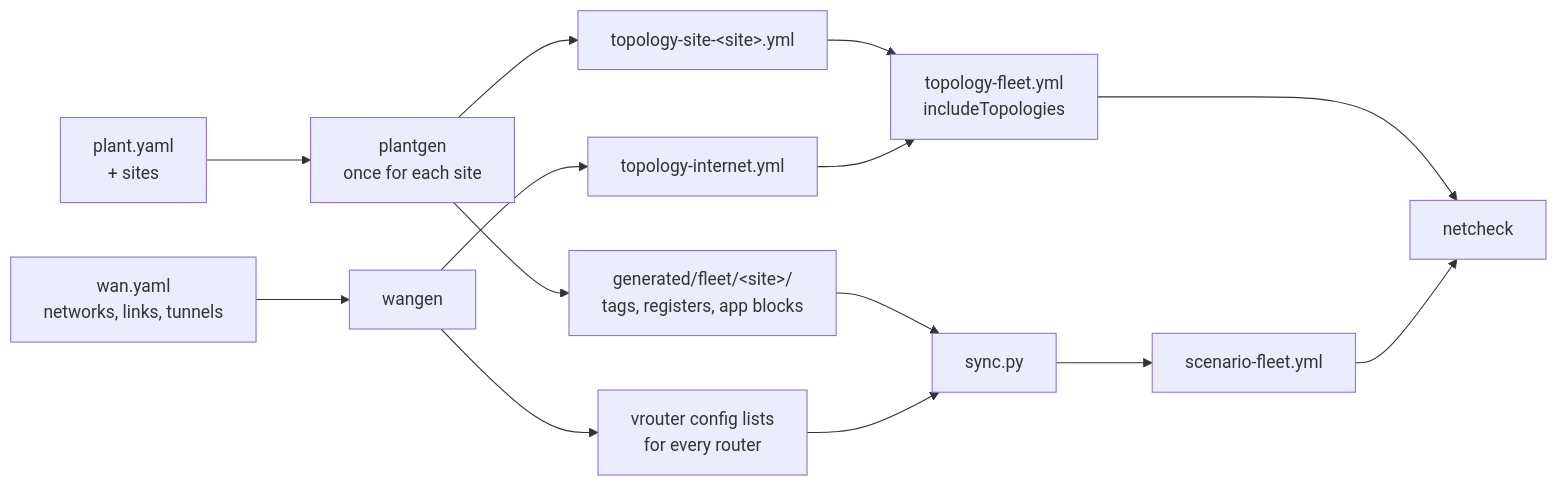
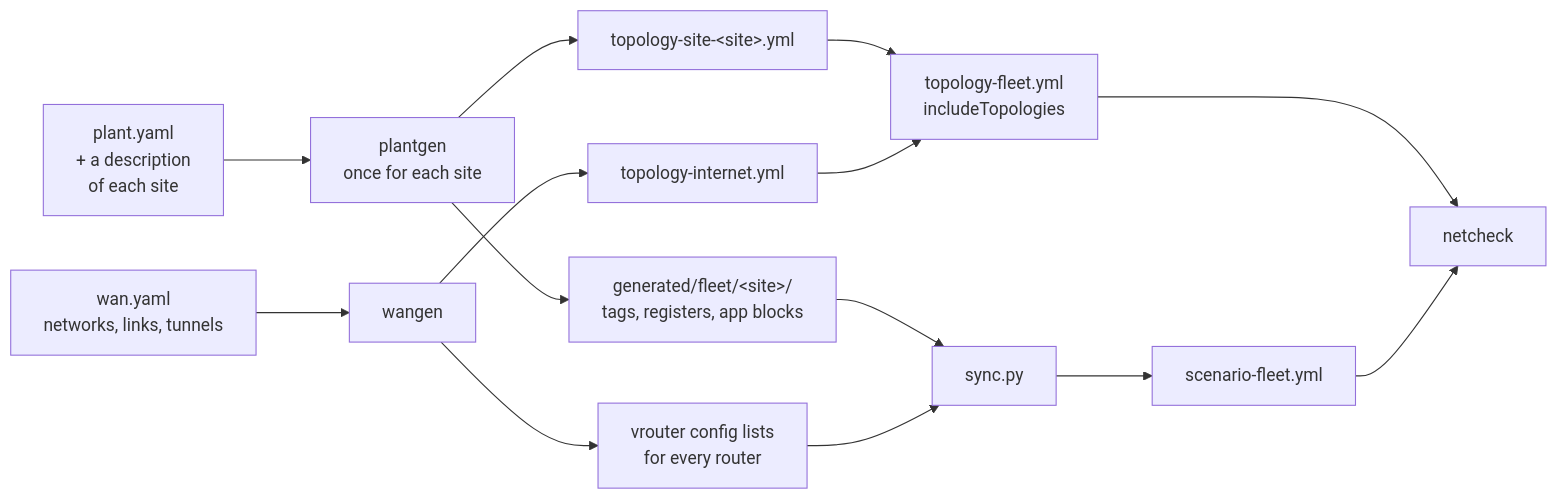
The ninth of 10 diagrams in docs/multisite/PLANS.md (GhostofGoes/brew), drawn with Mermaid before and after one commit. The commit also changed other lines of this file and 15 other files, not shown here.

````diff
--- a/docs/multisite/PLANS.md
+++ b/docs/multisite/PLANS.md
@@ -768,16 +947,16 @@
 ```mermaid
 flowchart LR
-  P["plant.yaml<br/>+ sites"] --> G["plantgen<br/>once for each site"]
+  P["plant.yaml<br/>+ a description<br/>of each site"] --> G["plantgen<br/>once for each site"]
   W["wan.yaml<br/>networks, links, tunnels"] --> WG["wangen"]
   G --> GS["generated/fleet/&lt;site&gt;/<br/>tags, registers, app blocks"]
   G --> TS["topology-site-&lt;site&gt;.yml"]
   WG --> TI["topology-internet.yml"]
   WG --> VC["vrouter config lists<br/>for every router"]
   GS --> SY["sync.py"]
   VC --> SY
   SY --> SC["scenario-fleet.yml"]
   TS --> TF["topology-fleet.yml<br/>includeTopologies"]
   TI --> TF
   TF --> NC["netcheck"]
   SC --> NC
 ```
````
